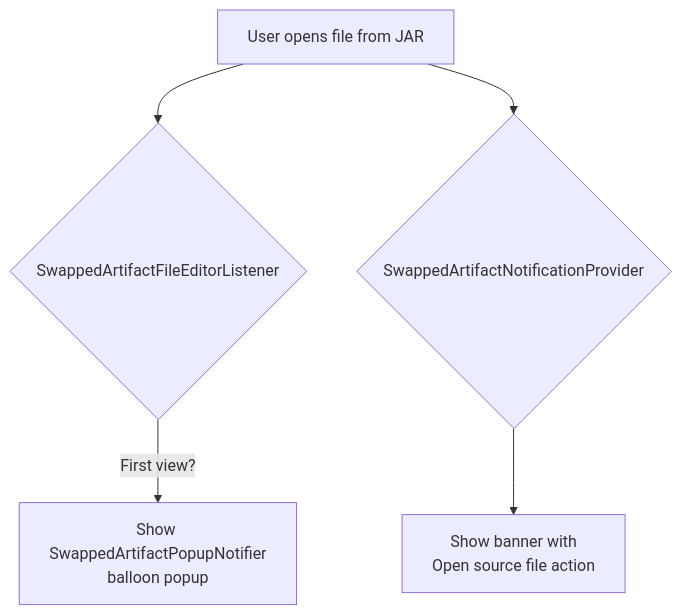
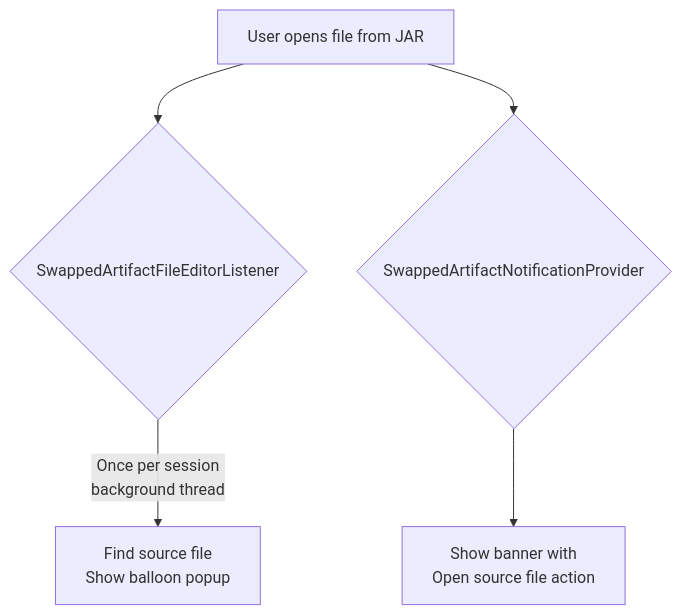
One commit to block/artifact-swap changed the third of 3 diagrams in ide-plugin/README.md. Above: the diagram before and after it, drawn with Mermaid. The commit also changed other lines of this file and 8 other files, not shown here.

````diff
--- a/ide-plugin/README.md
+++ b/ide-plugin/README.md
@@ -114,7 +120,7 @@
 ```mermaid
 flowchart TD
     A[User opens file from JAR] --> B{SwappedArtifactFileEditorListener}
     A --> C{SwappedArtifactNotificationProvider}
-    B -->|First view?| D[Show SwappedArtifactPopupNotifier<br/>balloon popup]
+    B -->|Once per session<br/>background thread| D[Find source file<br/>Show balloon popup]
     C --> E[Show banner with<br/>Open source file action]
 ```
````
